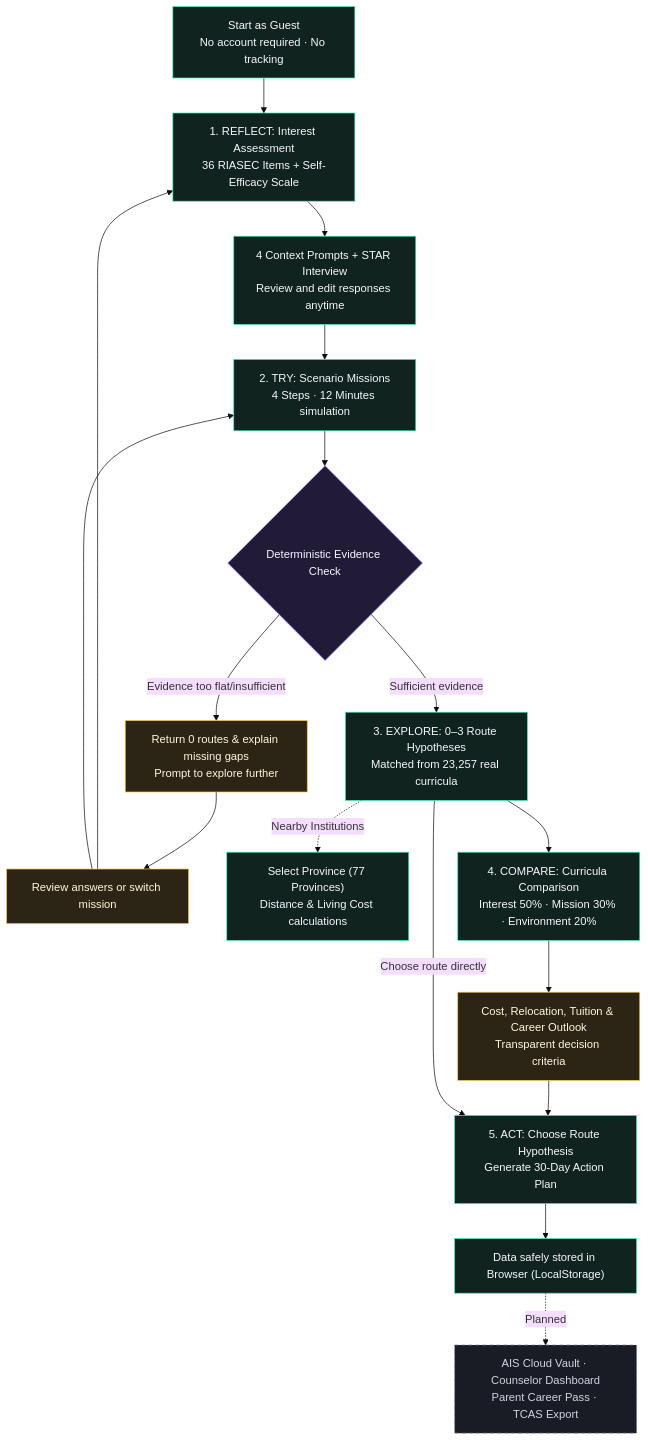
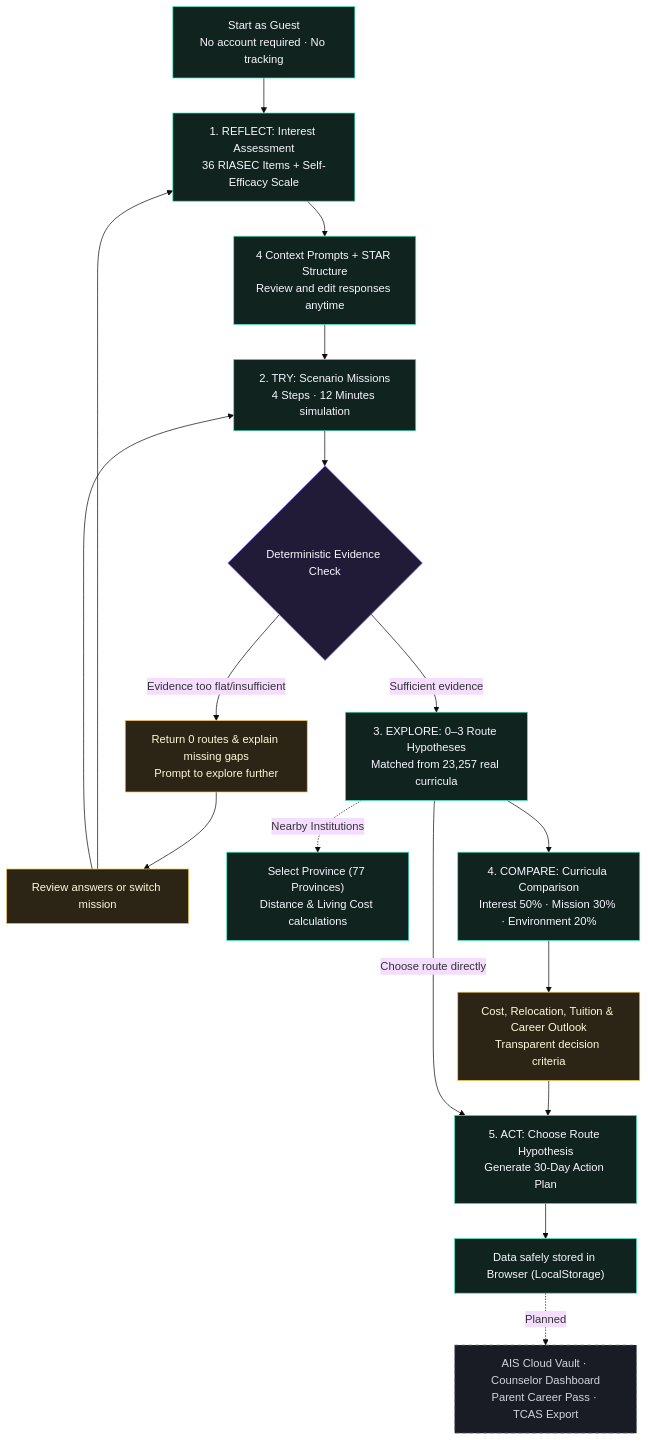
The second of 2 diagrams in README_EN.md (Pongkarm/Future_Me), drawn with Mermaid (base theme) before and after one commit. The commit also changed other lines of this file and 1 other file, not shown here.

Commit message:
docs: strictly align readiness matrix and workflow diagrams with honest technical status (AI in research & validation phase)

````diff
--- a/README_EN.md
+++ b/README_EN.md
@@ -110,28 +110,28 @@
 ```mermaid
 flowchart TD
     A["Start as Guest<br/>No account required · No tracking"] --> B["1. REFLECT: Interest Assessment<br/>36 RIASEC Items + Self-Efficacy Scale"]
-    B --> C["4 Context Prompts + STAR Interview<br/>Review and edit responses anytime"]
+    B --> C["4 Context Prompts + STAR Structure<br/>Review and edit responses anytime"]
     C --> D["2. TRY: Scenario Missions<br/>4 Steps · 12 Minutes simulation"]
     D --> E{"Deterministic Evidence Check"}
     E -->|"Evidence too flat/insufficient"| F["Return 0 routes & explain missing gaps<br/>Prompt to explore further"]
     F --> G["Review answers or switch mission"]
     G --> B
     G --> D
     E -->|"Sufficient evidence"| H["3. EXPLORE: 0–3 Route Hypotheses<br/>Matched from 23,257 real curricula"]
     H -. "Nearby Institutions" .-> N["Select Province (77 Provinces)<br/>Distance & Living Cost calculations"]
     H --> I["4. COMPARE: Curricula Comparison<br/>Interest 50% · Mission 30% · Environment 20%"]
     I --> J["Cost, Relocation, Tuition & Career Outlook<br/>Transparent decision criteria"]
     J --> K["5. ACT: Choose Route Hypothesis<br/>Generate 30-Day Action Plan"]
     H -->|"Choose route directly"| K
     K --> L["Data safely stored in Browser (LocalStorage)"]
     L -. "Planned" .-> P["AIS Cloud Vault · Counselor Dashboard<br/>Parent Career Pass · TCAS Export"]
 
     classDef live fill:#10231f,stroke:#43e6bd,color:#f7f7ff;
     classDef gate fill:#211b38,stroke:#8b6cff,color:#f7f7ff;
     classDef caution fill:#2c2414,stroke:#f5c451,color:#fff7dc;
     classDef planned fill:#191c24,stroke:#808898,color:#d0d4de,stroke-dasharray:5 5;
     class A,B,C,D,H,N,I,K,L live;
     class E gate;
     class F,G,J caution;
     class P planned;
 ```
````
